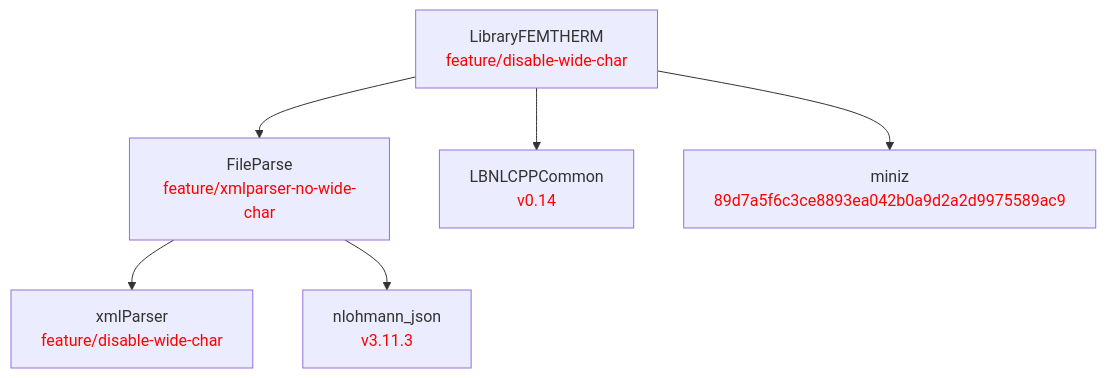
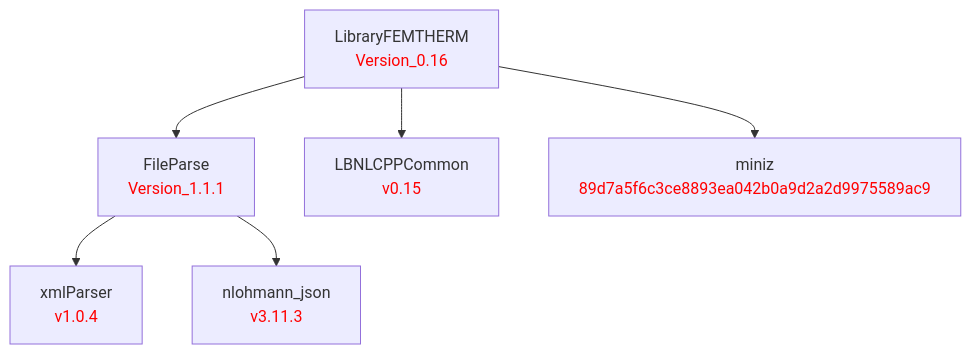
The diagram in doc/LibraryFEMTHERM.md (LBNL-ETA/LibraryFEMTherm), drawn with Mermaid before and after one commit. The commit also changed 1 other file, not shown here.

Commit message:
Bump version to 0.16.0, update dependencies to release tags, remove MSVC runtime override

````diff
--- a/doc/LibraryFEMTHERM.md
+++ b/doc/LibraryFEMTHERM.md
@@ -1,17 +1,17 @@
 ```mermaid
 graph TD
     %% Package definitions
-    xmlParser[xmlParser<br/><font color='red'>feature/disable-wide-char</font>]
+    xmlParser[xmlParser<br/><font color='red'>v1.0.4</font>]
     nlohmann_json[nlohmann_json<br/><font color='red'>v3.11.3</font>]
-    FileParse[FileParse<br/><font color='red'>feature/xmlparser-no-wide-char</font>]
-    LBNLCPPCommon[LBNLCPPCommon<br/><font color='red'>v0.14</font>]
+    FileParse[FileParse<br/><font color='red'>Version_1.1.1</font>]
+    LBNLCPPCommon[LBNLCPPCommon<br/><font color='red'>v0.15</font>]
     miniz[miniz<br/><font color='red'>89d7a5f6c3ce8893ea042b0a9d2a2d9975589ac9</font>]
-    LibraryFEMTHERM[LibraryFEMTHERM<br/><font color='red'>feature/disable-wide-char</font>]
+    LibraryFEMTHERM[LibraryFEMTHERM<br/><font color='red'>Version_0.16</font>]
 
     %% Package relations
     LibraryFEMTHERM --> FileParse
     LibraryFEMTHERM --> LBNLCPPCommon
     LibraryFEMTHERM --> miniz
     FileParse --> xmlParser
     FileParse --> nlohmann_json
 ```
````
